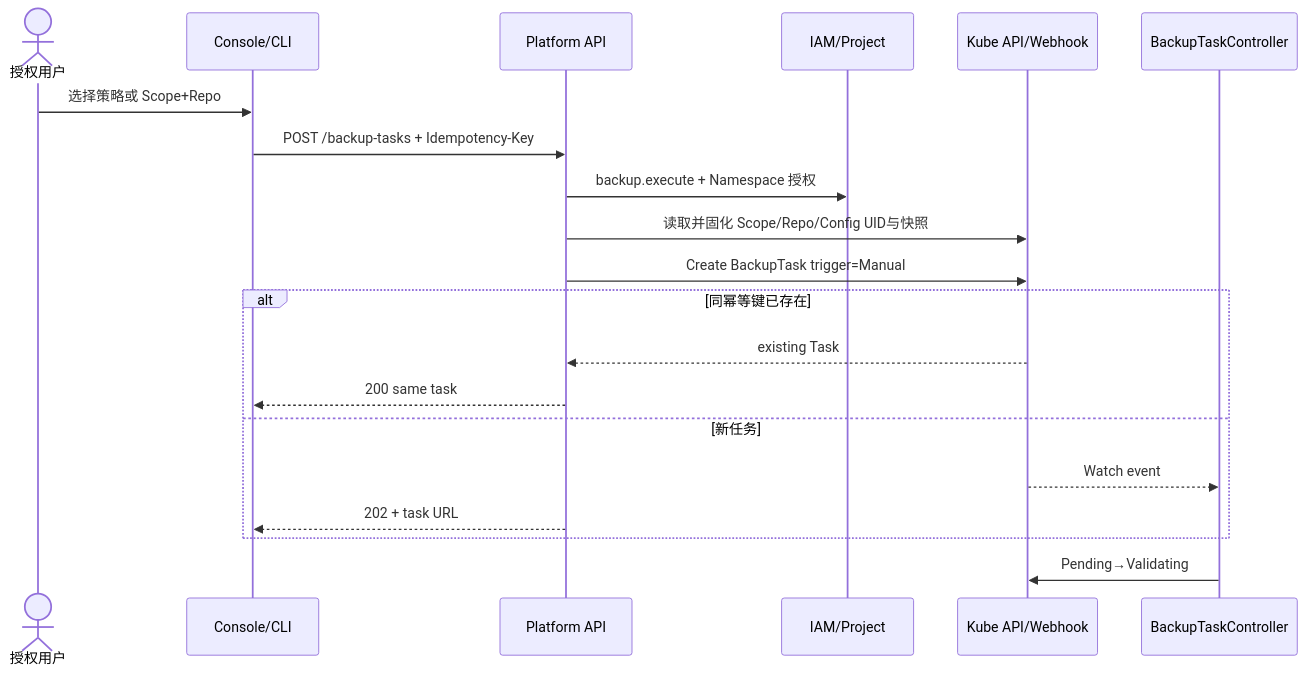
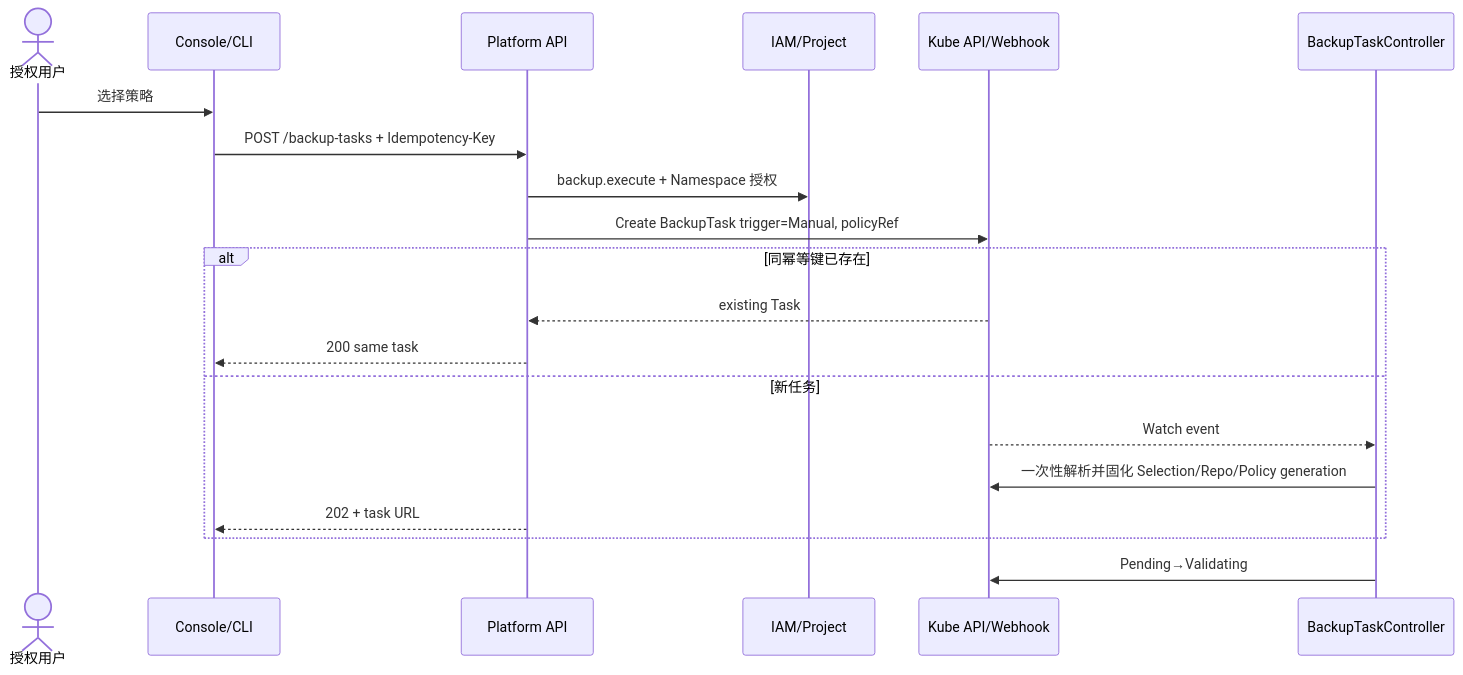
One commit to 544129603/backup-restore changed the fifth of 16 diagrams in docs/backup-restore/05-备份恢复流程设计.md. Above: the diagram before and after it, drawn with Mermaid. The commit also changed other lines of this file and 11 other files, not shown here.

````diff
--- a/docs/backup-restore/05-备份恢复流程设计.md
+++ b/docs/backup-restore/05-备份恢复流程设计.md
@@ -129,22 +129,22 @@
 ```mermaid
 sequenceDiagram
   actor U as 授权用户
   participant UI as Console/CLI
   participant API as Platform API
   participant DIR as IAM/Project
   participant K as Kube API/Webhook
   participant BTC as BackupTaskController
-  U->>UI: 选择策略或 Scope+Repo
+  U->>UI: 选择策略
   UI->>API: POST /backup-tasks + Idempotency-Key
   API->>DIR: backup.execute + Namespace 授权
-  API->>K: 读取并固化 Scope/Repo/Config UID与快照
-  API->>K: Create BackupTask trigger=Manual
+  API->>K: Create BackupTask trigger=Manual, policyRef
   alt 同幂等键已存在
     K-->>API: existing Task
     API-->>UI: 200 same task
   else 新任务
     K-->>BTC: Watch event
+    BTC->>K: 一次性解析并固化 Selection/Repo/Policy generation
     API-->>UI: 202 + task URL
   end
   BTC->>K: Pending→Validating
 ```
````
